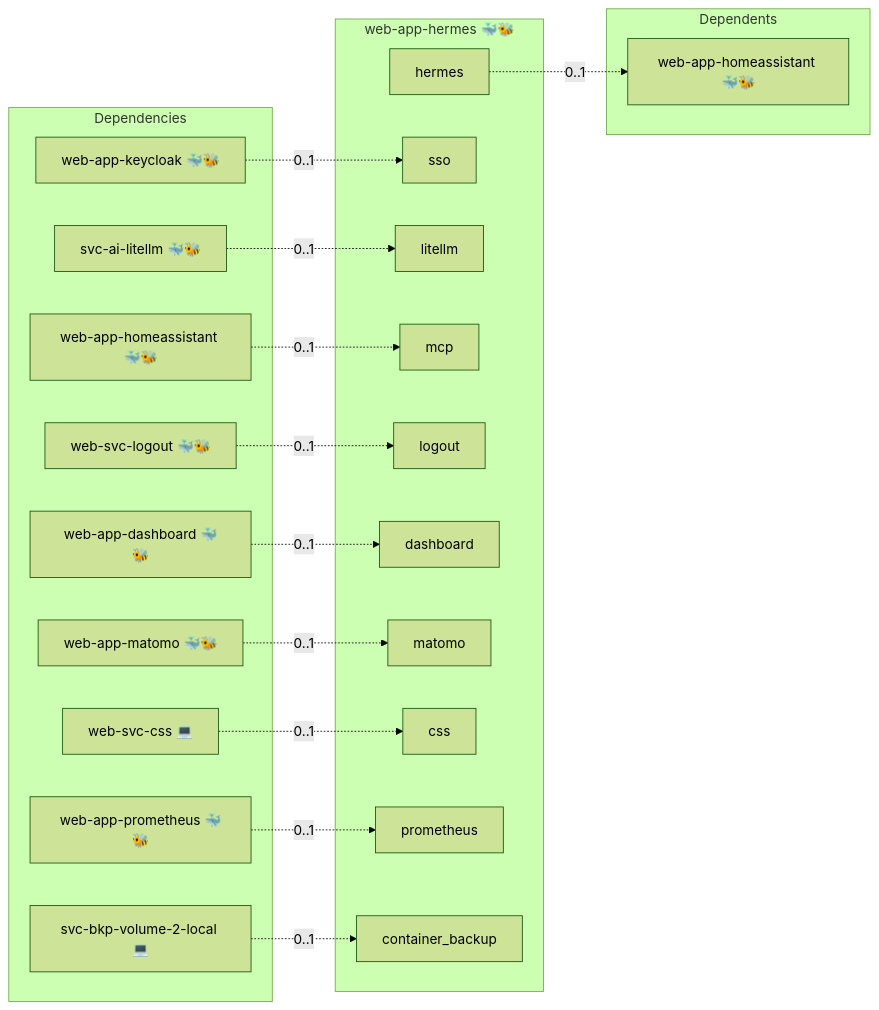
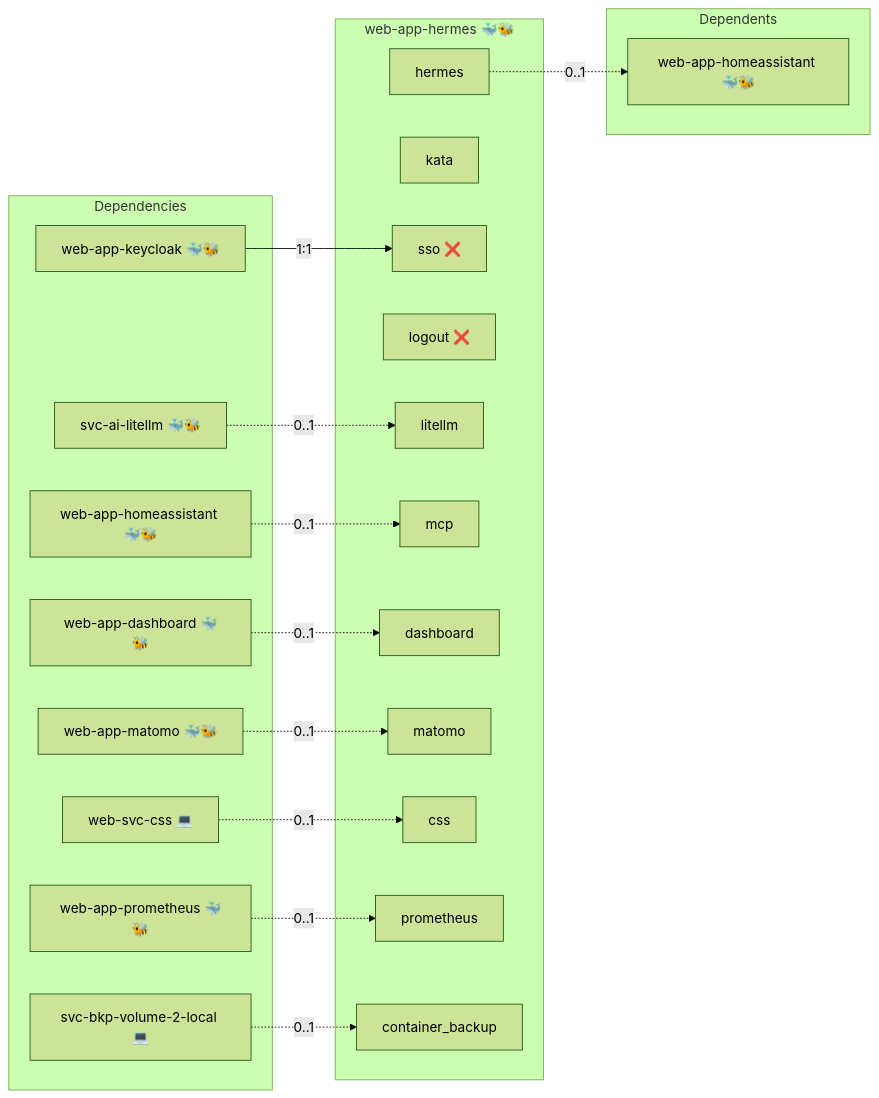
One commit to infinito-nexus/core changed the diagram in roles/web-app-hermes/README.md. Above: the diagram before and after it, drawn with Mermaid (forest theme). The commit also changed other lines of this file and 13 other files, not shown here.

````diff
--- a/roles/web-app-hermes/README.md
+++ b/roles/web-app-hermes/README.md
@@ -15,39 +15,38 @@
 ```mermaid
 flowchart LR
     subgraph deps [Dependencies]
         dep_svc_ai_litellm["svc-ai-litellm 🐳🐝"]
         dep_svc_bkp_volume_2_local["svc-bkp-volume-2-local 💻"]
         dep_web_app_dashboard["web-app-dashboard 🐳🐝"]
         dep_web_app_homeassistant["web-app-homeassistant 🐳🐝"]
         dep_web_app_keycloak["web-app-keycloak 🐳🐝"]
         dep_web_app_matomo["web-app-matomo 🐳🐝"]
         dep_web_app_prometheus["web-app-prometheus 🐳🐝"]
         dep_web_svc_css["web-svc-css 💻"]
-        dep_web_svc_logout["web-svc-logout 🐳🐝"]
     end
     subgraph role [web-app-hermes 🐳🐝]
         svc_hermes["hermes"]
-        svc_sso["sso"]
+        svc_kata["kata"]
+        svc_sso["sso ❌"]
+        svc_logout["logout ❌"]
         svc_litellm["litellm"]
         svc_mcp["mcp"]
-        svc_logout["logout"]
         svc_dashboard["dashboard"]
         svc_matomo["matomo"]
         svc_css["css"]
         svc_prometheus["prometheus"]
         svc_container_backup["container_backup"]
     end
     subgraph dependents [Dependents]
         dpt_web_app_homeassistant["web-app-homeassistant 🐳🐝"]
     end
     dep_svc_ai_litellm -. "0..1" .-> svc_litellm
     dep_svc_bkp_volume_2_local -. "0..1" .-> svc_container_backup
     dep_web_app_dashboard -. "0..1" .-> svc_dashboard
     dep_web_app_homeassistant -. "0..1" .-> svc_mcp
-    dep_web_app_keycloak -. "0..1" .-> svc_sso
+    dep_web_app_keycloak -- "1:1" --> svc_sso
     dep_web_app_matomo -. "0..1" .-> svc_matomo
     dep_web_app_prometheus -. "0..1" .-> svc_prometheus
     dep_web_svc_css -. "0..1" .-> svc_css
-    dep_web_svc_logout -. "0..1" .-> svc_logout
     svc_hermes -. "0..1" .-> dpt_web_app_homeassistant
 ```
````
